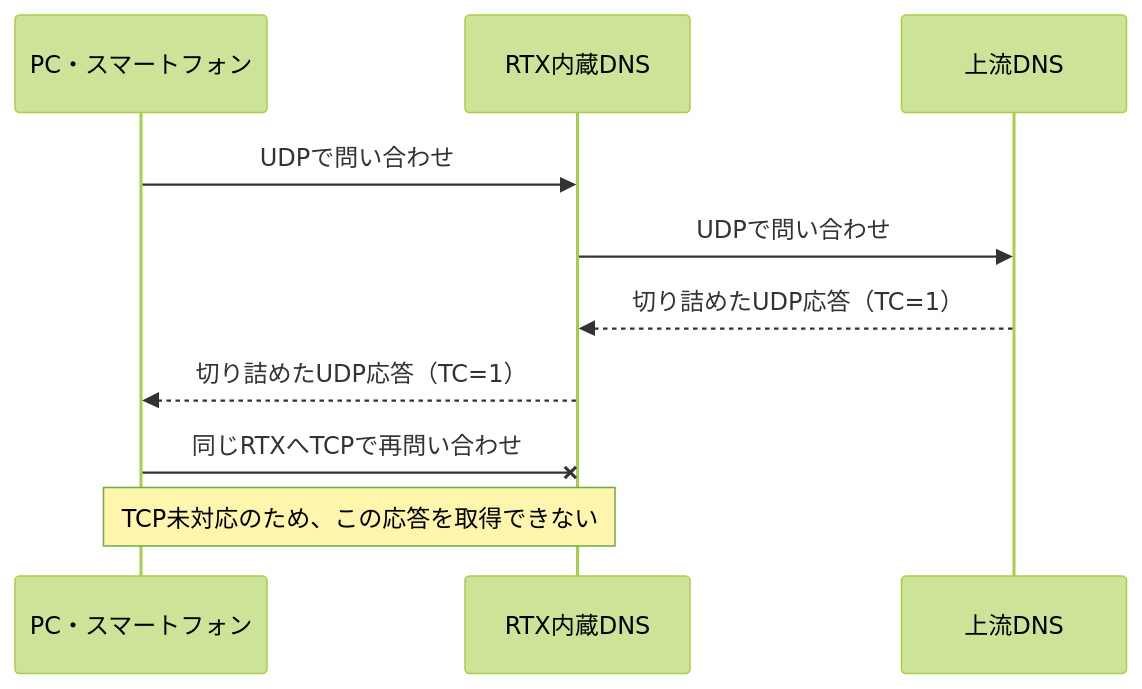
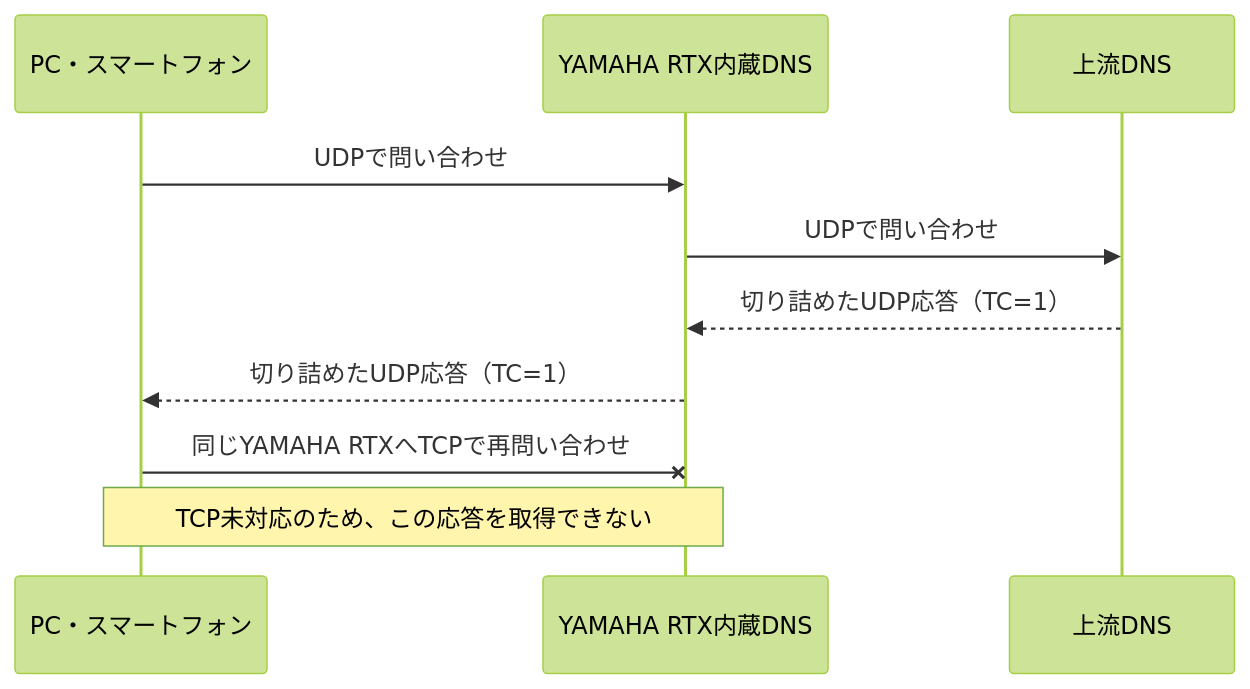
One commit to Yamar50/rtx-dns-tcp-lua changed the second of 2 diagrams in README.md. Above: the diagram before and after it, drawn with Mermaid (forest theme). The commit also changed other lines of this file, not shown here.

Commit message:
docs: use YAMAHA RTX consistently in README text and diagrams

````diff
--- a/README.md
+++ b/README.md
@@ -43,12 +43,12 @@
 ```mermaid
 sequenceDiagram
     participant Client as PC・スマートフォン
-    participant Native as RTX内蔵DNS
+    participant Native as YAMAHA RTX内蔵DNS
     participant Upstream as 上流DNS
     Client->>Native: UDPで問い合わせ
     Native->>Upstream: UDPで問い合わせ
     Upstream-->>Native: 切り詰めたUDP応答（TC=1）
     Native-->>Client: 切り詰めたUDP応答（TC=1）
-    Client-xNative: 同じRTXへTCPで再問い合わせ
+    Client-xNative: 同じYAMAHA RTXへTCPで再問い合わせ
     Note over Client,Native: TCP未対応のため、この応答を取得できない
 ```
````
